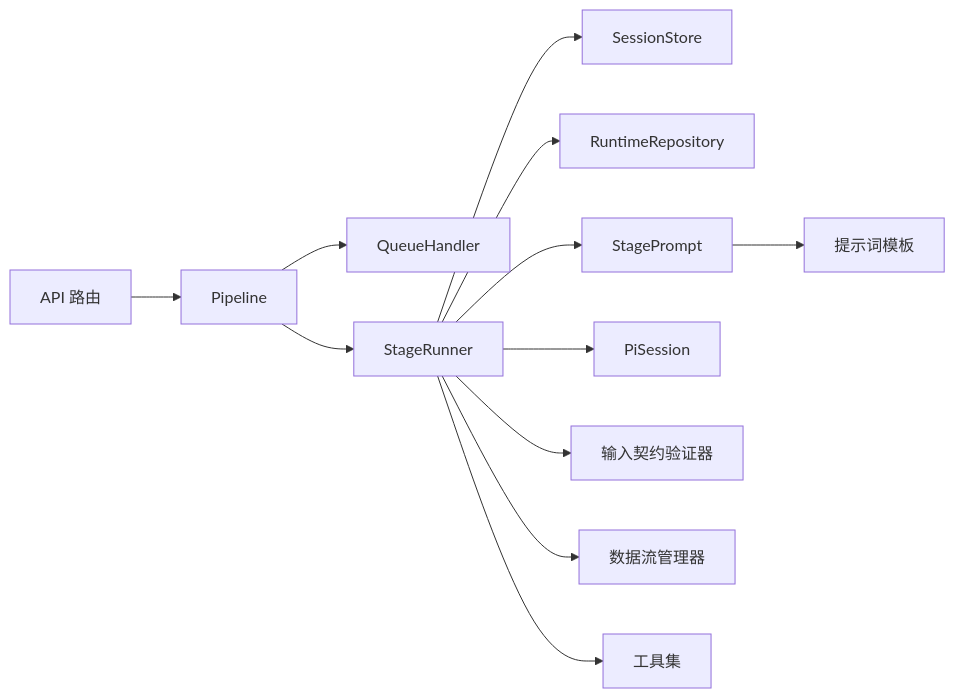
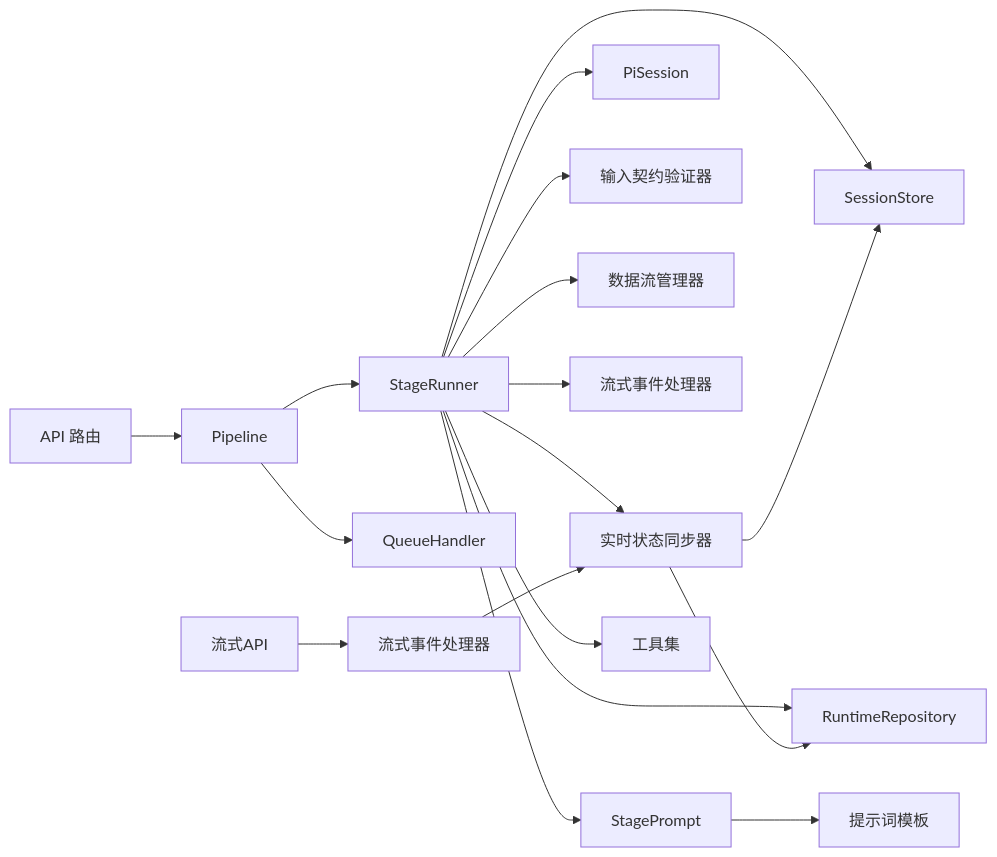
The fifth of 5 diagrams in .qoder/repowiki/zh/content/架构设计/核心模块设计/导演系统设计/导演系统设计.md (AIMFllyYS/code-video-canvas), drawn with Mermaid before and after one commit. The commit also changed other lines of this file and 47 other files, not shown here.

````diff
--- a/.qoder/repowiki/zh/content/架构设计/核心模块设计/导演系统设计/导演系统设计.md
+++ b/.qoder/repowiki/zh/content/架构设计/核心模块设计/导演系统设计/导演系统设计.md
@@ -495,14 +601,20 @@
 ```mermaid
 graph LR
 API["API 路由"] --> PIPE["Pipeline"]
+STREAM_API["流式API"] --> STREAM_HANDLER["流式事件处理器"]
 PIPE --> QH["QueueHandler"]
 PIPE --> SR["StageRunner"]
 SR --> SS["SessionStore"]
 SR --> RR["RuntimeRepository"]
 SR --> SP["StagePrompt"]
 SR --> PS["PiSession"]
 SR --> ICV["输入契约验证器"]
 SR --> DFM["数据流管理器"]
+SR --> SEH["流式事件处理器"]
+SR --> RTS["实时状态同步器"]
 SP --> PROMPTS["提示词模板"]
 SR --> TOOLS["工具集"]
+STREAM_HANDLER --> RTS
+RTS --> SS
+RTS --> RR
 ```
````
